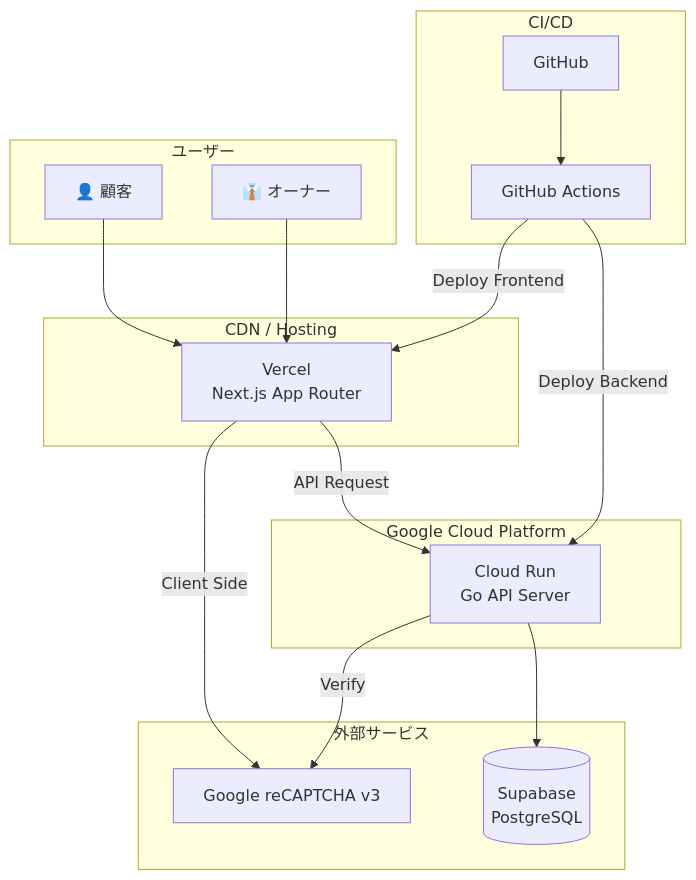
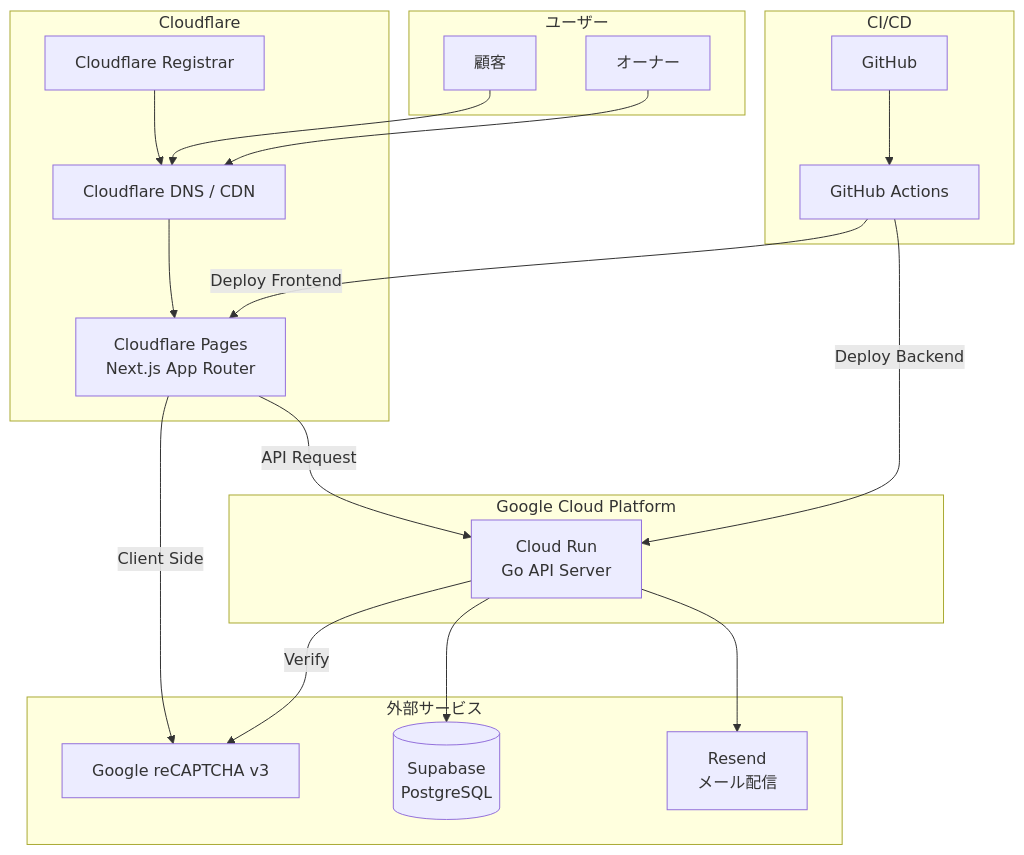
One commit to cergijame101007/satehits changed the first of 4 diagrams in docs/infrastructure.md. Above: the diagram before and after it, drawn with Mermaid. The commit also changed other lines of this file and 2 other files, not shown here.

First line of the commit message:
docs: インフラ構成を変更（Vercel→Cloudflare Pages, Resend追加）

````diff
--- a/docs/infrastructure.md
+++ b/docs/infrastructure.md
@@ -5,36 +5,42 @@
 ```mermaid
 flowchart TB
     subgraph Users[ユーザー]
-        Customer[👤 顧客]
-        Owner[👔 オーナー]
+        Customer[顧客]
+        Owner[オーナー]
     end
 
-    subgraph CDN[CDN / Hosting]
-        Vercel[Vercel<br>Next.js App Router]
+    subgraph Cloudflare[Cloudflare]
+        CFRegistrar[Cloudflare Registrar]
+        CFDNS[Cloudflare DNS / CDN]
+        CFPages[Cloudflare Pages<br>Next.js App Router]
     end
 
     subgraph Google[Google Cloud Platform]
         CloudRun[Cloud Run<br>Go API Server]
     end
 
     subgraph External[外部サービス]
         ReCaptcha[Google reCAPTCHA v3]
         Supabase[(Supabase<br>PostgreSQL)]
+        Resend[Resend<br>メール配信]
     end
 
     subgraph CI_CD[CI/CD]
         GitHub[GitHub]
         Actions[GitHub Actions]
     end
 
-    Customer --> Vercel
-    Owner --> Vercel
-    Vercel -->|API Request| CloudRun
+    CFRegistrar --> CFDNS
+    Customer --> CFDNS
+    Owner --> CFDNS
+    CFDNS --> CFPages
+    CFPages -->|API Request| CloudRun
     CloudRun --> Supabase
-    Vercel -->|Client Side| ReCaptcha
+    CloudRun --> Resend
+    CFPages -->|Client Side| ReCaptcha
     CloudRun -->|Verify| ReCaptcha
 
     GitHub --> Actions
-    Actions -->|Deploy Frontend| Vercel
+    Actions -->|Deploy Frontend| CFPages
     Actions -->|Deploy Backend| CloudRun
 ```
````
